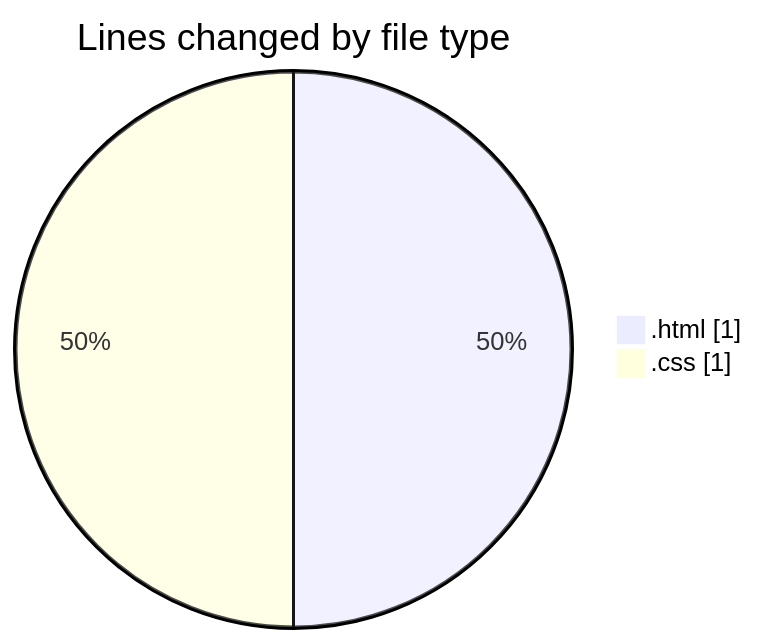
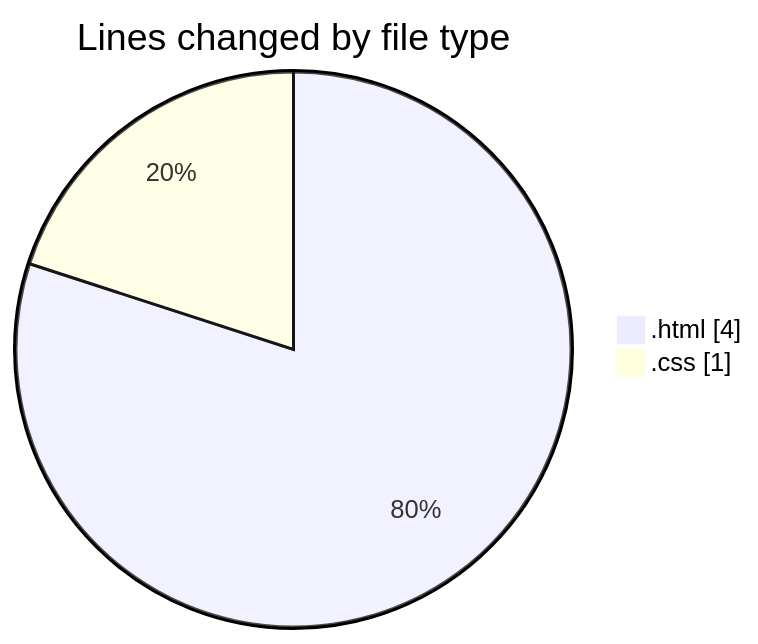
One commit to IJAZ3593/code-tracking changed the first of 2 diagrams in 2025-09-02/hand_mate/README.md. Above: the diagram before and after it, drawn with Mermaid. The commit also changed other lines of this file and 1 other file, not shown here.

````diff
--- a/2025-09-02/hand_mate/README.md
+++ b/2025-09-02/hand_mate/README.md
@@ -21,6 +24,6 @@
 ```mermaid
 pie showData
 title Lines changed by file type
-".html" : 1
+".html" : 4
 ".css" : 1
 ```
````
